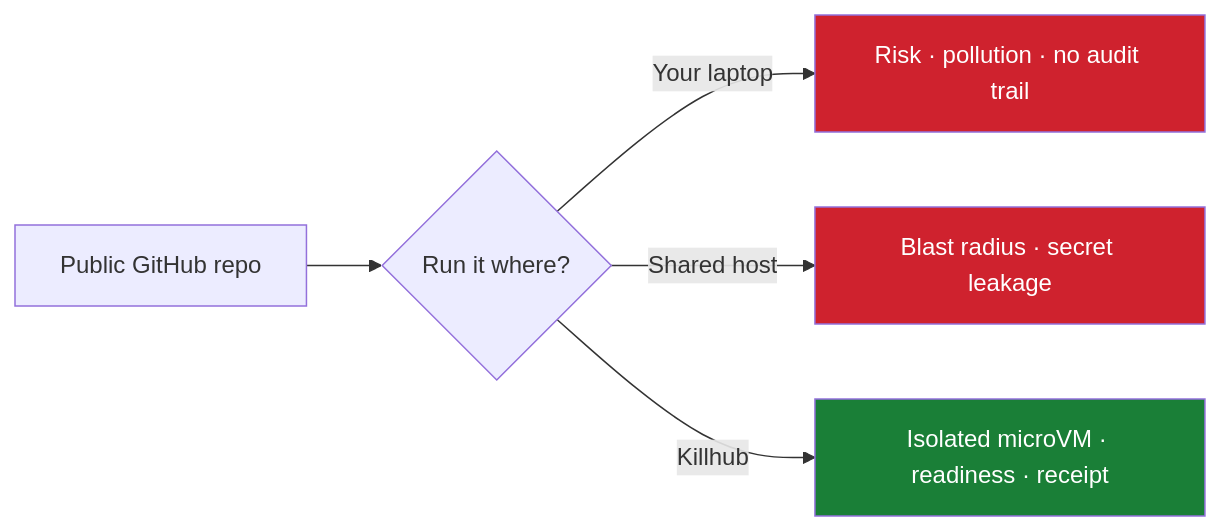
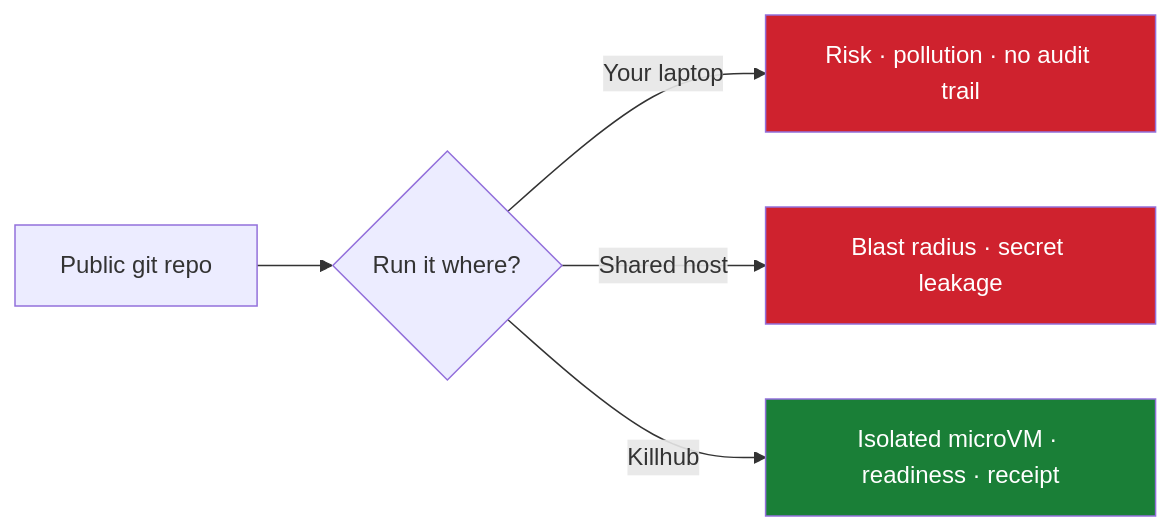
Before and after one commit to ludvigodin/killhub: the first of 6 diagrams in README.md, drawn with Mermaid. The commit also changed other lines of this file and 19 other files, not shown here.

First line of the commit message:
Implement public allowlisted git URL validation and update documentation

````diff
--- a/README.md
+++ b/README.md
@@ -27,10 +27,10 @@
 ```mermaid
 flowchart LR
-  A["Public GitHub repo"] --> B{"Run it where?"}
+  A["Public git repo"] --> B{"Run it where?"}
   B -->|"Your laptop"| C["Risk · pollution · no audit trail"]
   B -->|"Shared host"| D["Blast radius · secret leakage"]
   B -->|"Killhub"| E["Isolated microVM · readiness · receipt"]
   style E fill:#1a7f37,color:#fff
   style C fill:#cf222e,color:#fff
   style D fill:#cf222e,color:#fff
 ```
````
